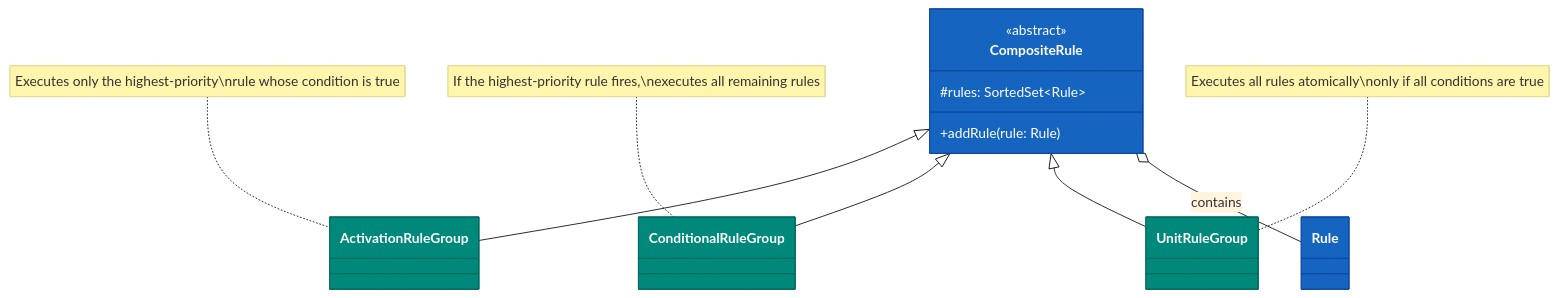
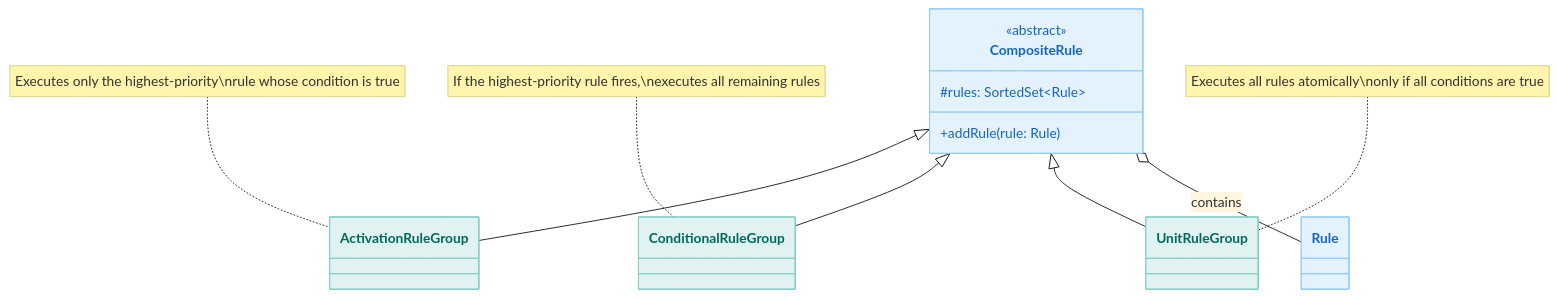
Before and after one commit to bluetape4k/bluetape4k-projects: the fourth of 8 diagrams in utils/rule-engine/README.md, drawn with Mermaid (base theme). The commit also changed other lines of this file and 219 other files, not shown here.

First line of the commit message:
docs: 전체 README Mermaid 다이어그램 가이드 적용

````diff
--- a/utils/rule-engine/README.md
+++ b/utils/rule-engine/README.md
@@ -168,30 +168,30 @@
 ```mermaid
 classDiagram
     class CompositeRule {
         <<abstract>>
         #rules: SortedSet~Rule~
         +addRule(rule: Rule)
     }
 
     class ActivationRuleGroup {
     }
     note for ActivationRuleGroup "Executes only the highest-priority\nrule whose condition is true"
 
     class ConditionalRuleGroup {
     }
     note for ConditionalRuleGroup "If the highest-priority rule fires,\nexecutes all remaining rules"
 
     class UnitRuleGroup {
     }
     note for UnitRuleGroup "Executes all rules atomically\nonly if all conditions are true"
     CompositeRule <|-- ActivationRuleGroup
     CompositeRule <|-- ConditionalRuleGroup
     CompositeRule <|-- UnitRuleGroup
     CompositeRule o-- Rule: contains
 
-    style CompositeRule fill:#1565C0,stroke:#0D47A1,color:#FFFFFF
-    style ActivationRuleGroup fill:#00897B,stroke:#00695C,color:#FFFFFF
-    style ConditionalRuleGroup fill:#00897B,stroke:#00695C,color:#FFFFFF
-    style UnitRuleGroup fill:#00897B,stroke:#00695C,color:#FFFFFF
-    style Rule fill:#1565C0,stroke:#0D47A1,color:#FFFFFF
+    style CompositeRule fill:#E3F2FD,stroke:#90CAF9,color:#1565C0
+    style ActivationRuleGroup fill:#E0F2F1,stroke:#80CBC4,color:#00695C
+    style ConditionalRuleGroup fill:#E0F2F1,stroke:#80CBC4,color:#00695C
+    style UnitRuleGroup fill:#E0F2F1,stroke:#80CBC4,color:#00695C
+    style Rule fill:#E3F2FD,stroke:#90CAF9,color:#1565C0
 ```
````
